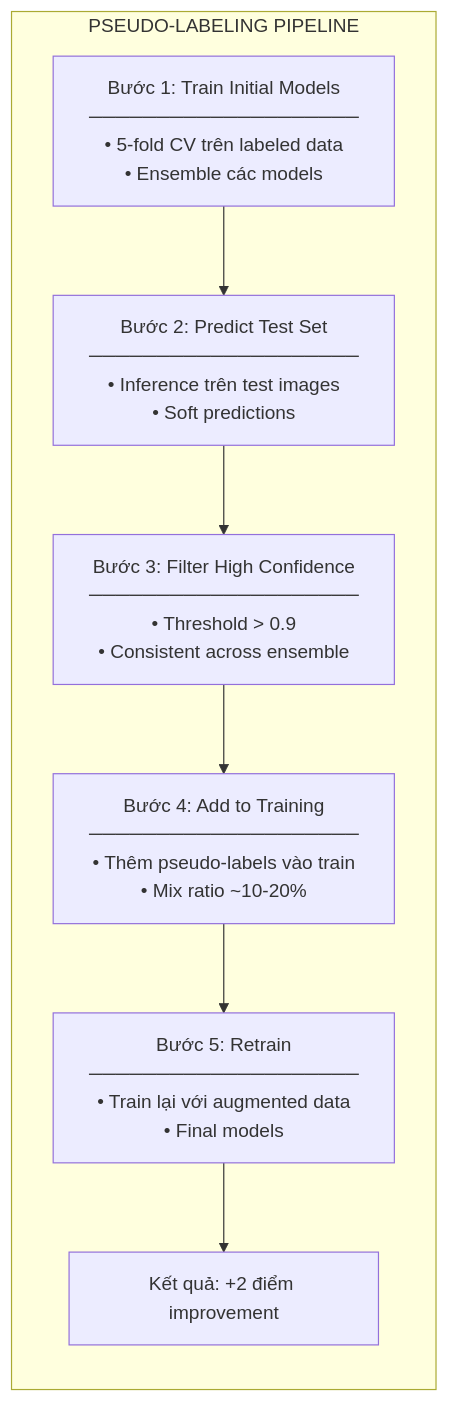
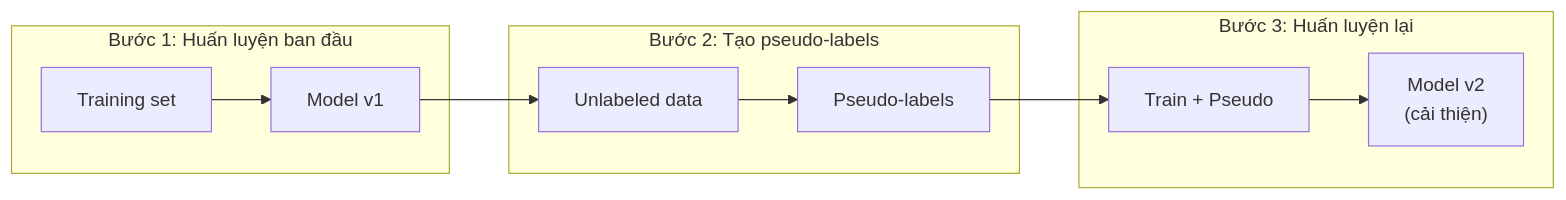
The second of 5 diagrams in research/chuong-06-xview-challenges/muc-02-xview2-building-damage/04-giai-ba.md (rerangst/geobayai_lab), drawn with Mermaid before and after one commit. The commit also changed other lines of this file and 18 other files, not shown here.

````diff
--- a/research/chuong-06-xview-challenges/muc-02-xview2-building-damage/04-giai-ba.md
+++ b/research/chuong-06-xview-challenges/muc-02-xview2-building-damage/04-giai-ba.md
@@ -292,20 +63,19 @@
 ```mermaid
-flowchart TB
-    subgraph PSEUDO["PSEUDO-LABELING PIPELINE"]
-        direction TB
+flowchart LR
+    subgraph STEP1["Bước 1: Huấn luyện ban đầu"]
+        TRAIN["Training set"]
+        MODEL1["Model v1"]
+    end
 
-        STEP1["Bước 1: Train Initial Models<br/>────────────────────<br/>• 5-fold CV trên labeled data<br/>• Ensemble các models"]
+    subgraph STEP2["Bước 2: Tạo pseudo-labels"]
+        UNLABELED["Unlabeled data"]
+        PSEUDO["Pseudo-labels"]
+    end
 
-        STEP2["Bước 2: Predict Test Set<br/>────────────────────<br/>• Inference trên test images<br/>• Soft predictions"]
+    subgraph STEP3["Bước 3: Huấn luyện lại"]
+        COMBINED["Train + Pseudo"]
+        MODEL2["Model v2<br/>(cải thiện)"]
+    end
 
-        STEP3["Bước 3: Filter High Confidence<br/>────────────────────<br/>• Threshold > 0.9<br/>• Consistent across ensemble"]
-
-        STEP4["Bước 4: Add to Training<br/>────────────────────<br/>• Thêm pseudo-labels vào train<br/>• Mix ratio ~10-20%"]
-
-        STEP5["Bước 5: Retrain<br/>────────────────────<br/>• Train lại với augmented data<br/>• Final models"]
-
-        RESULT["Kết quả: +2 điểm improvement"]
-
-        STEP1 --> STEP2 --> STEP3 --> STEP4 --> STEP5 --> RESULT
-    end
+    TRAIN --> MODEL1 --> UNLABELED --> PSEUDO --> COMBINED --> MODEL2
 ```
````
